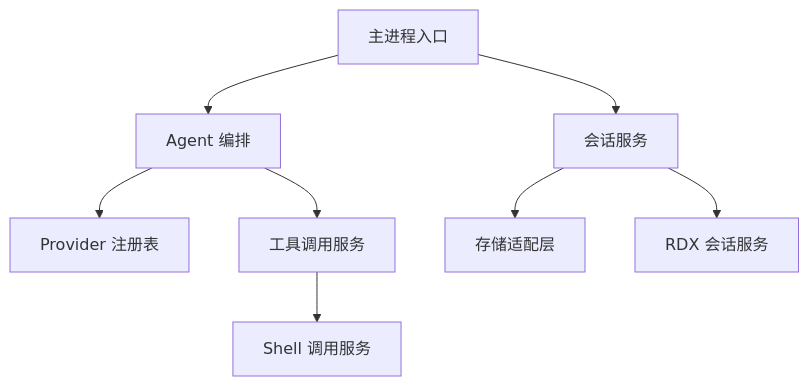
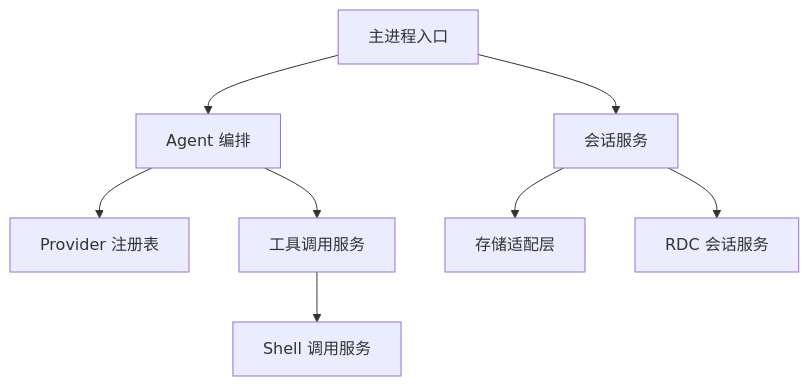
Before and after one commit to haolange/RDC-Agent: the eighth of 8 diagrams in .qoder/repowiki/zh/content/核心模块/核心模块.md, drawn with Mermaid. The commit also changed other lines of this file and 557 other files, not shown here.

````diff
--- a/.qoder/repowiki/zh/content/核心模块/核心模块.md
+++ b/.qoder/repowiki/zh/content/核心模块/核心模块.md
@@ -270,10 +270,10 @@
 ```mermaid
 graph TB
 Main["主进程入口"] --> Conv["会话服务"]
 Main --> Orch["Agent 编排"]
 Orch --> Prov["Provider 注册表"]
 Orch --> Tool["工具调用服务"]
 Conv --> Store["存储适配层"]
-Conv --> RDX["RDX 会话服务"]
+Conv --> RDC["RDC 会话服务"]
 Tool --> Shell["Shell 调用服务"]
 ```
````
